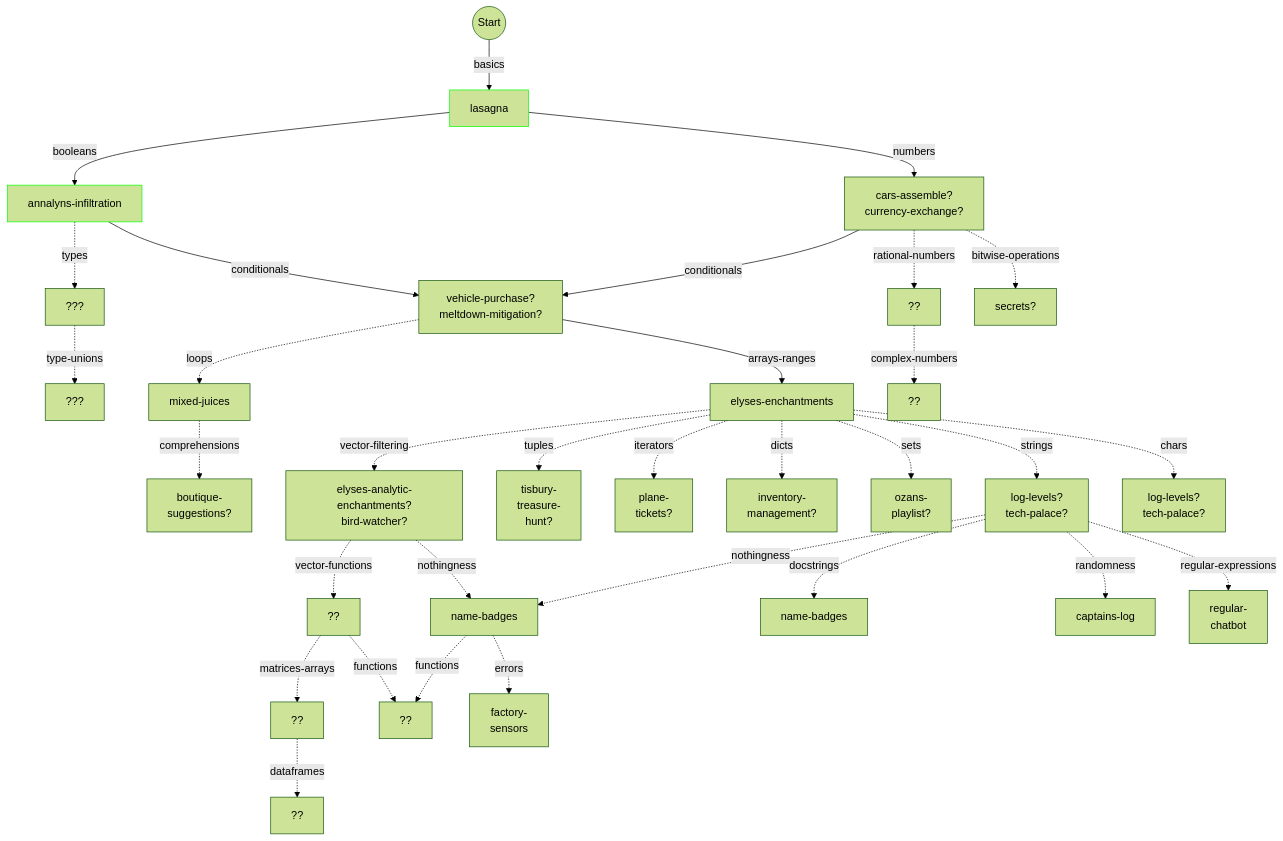
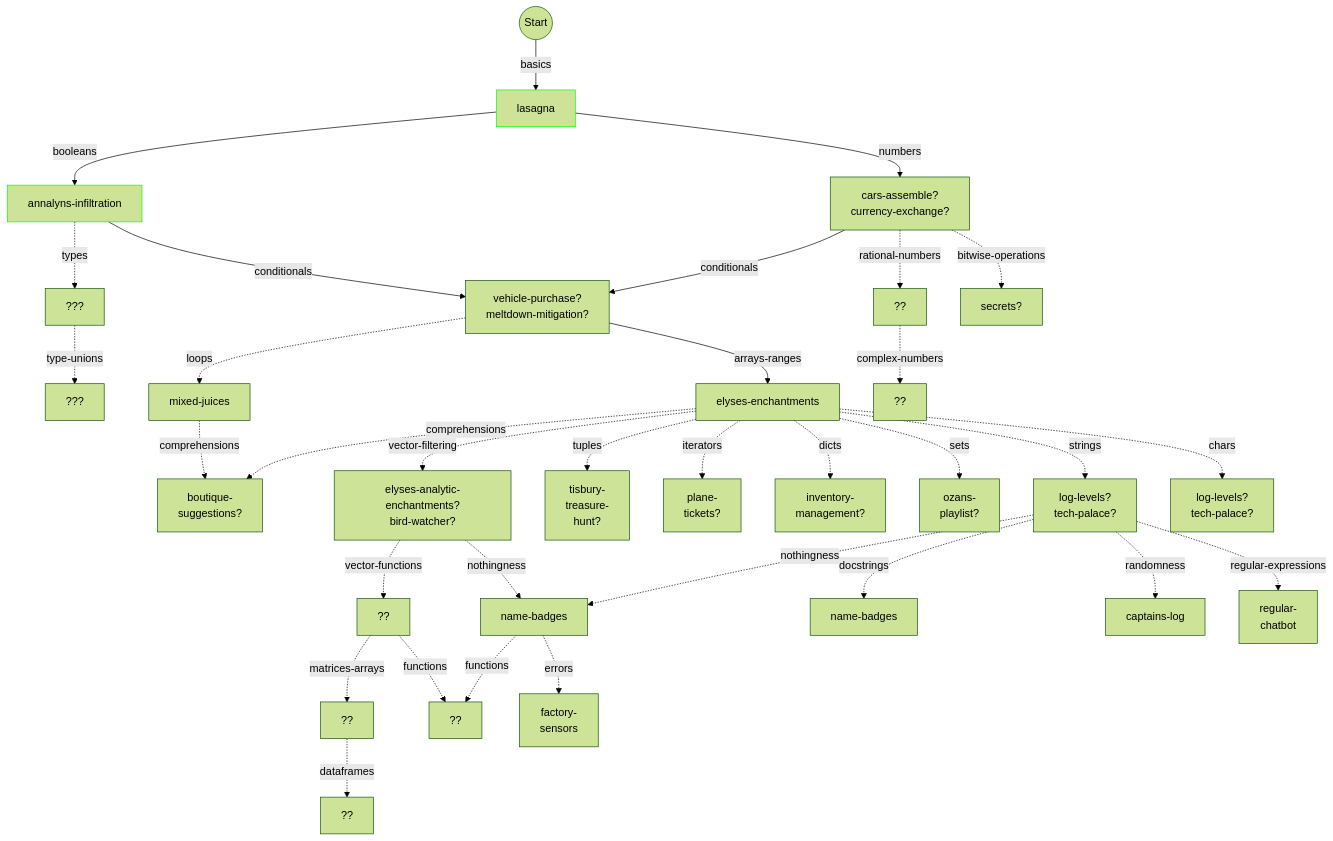
The diagram in julia/flowchart.md (colinleach/learning-track-doodles), drawn with Mermaid (forest theme) before and after one commit.

Commit message:
added flowchart link

```diff
--- a/julia/flowchart.md
+++ b/julia/flowchart.md
@@ -39,6 +39,9 @@
 %% style loops stroke:#0f0
 
 loops -.comprehensions.-> comprehensions["boutique-<br/>suggestions?"]
+%% style comprehensions stroke:#0f0
+
+arrays-ranges -.comprehensions.-> comprehensions["boutique-<br/>suggestions?"]
 %% style comprehensions stroke:#0f0
 
 arrays-ranges -.vector-filtering.-> vector-filtering["elyses-analytic-enchantments?<br/>bird-watcher?"]
```
